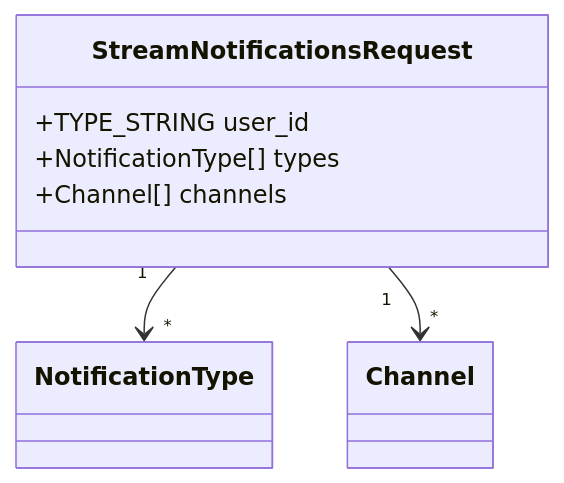
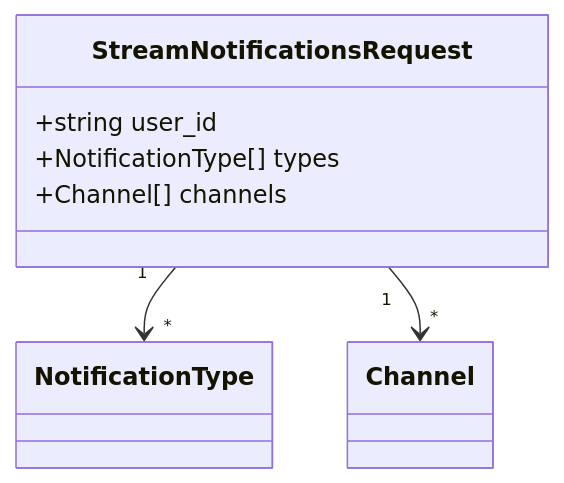
One commit to kyivinua/root changed diagram 22 of 37 in test-monorepo/docs/consolidated/NotificationService.md. Above: the diagram before and after it, drawn with Mermaid. The commit also changed other lines of this file and 5 other files, not shown here.

````diff
--- a/test-monorepo/docs/consolidated/NotificationService.md
+++ b/test-monorepo/docs/consolidated/NotificationService.md
@@ -635,10 +1224,10 @@
 ```mermaid
 classDiagram
     class StreamNotificationsRequest {
-        +TYPE_STRING user_id
+        +string user_id
         +NotificationType[] types
         +Channel[] channels
     }
     StreamNotificationsRequest "1" --> "*" NotificationType
     StreamNotificationsRequest "1" --> "*" Channel
 ```
````
